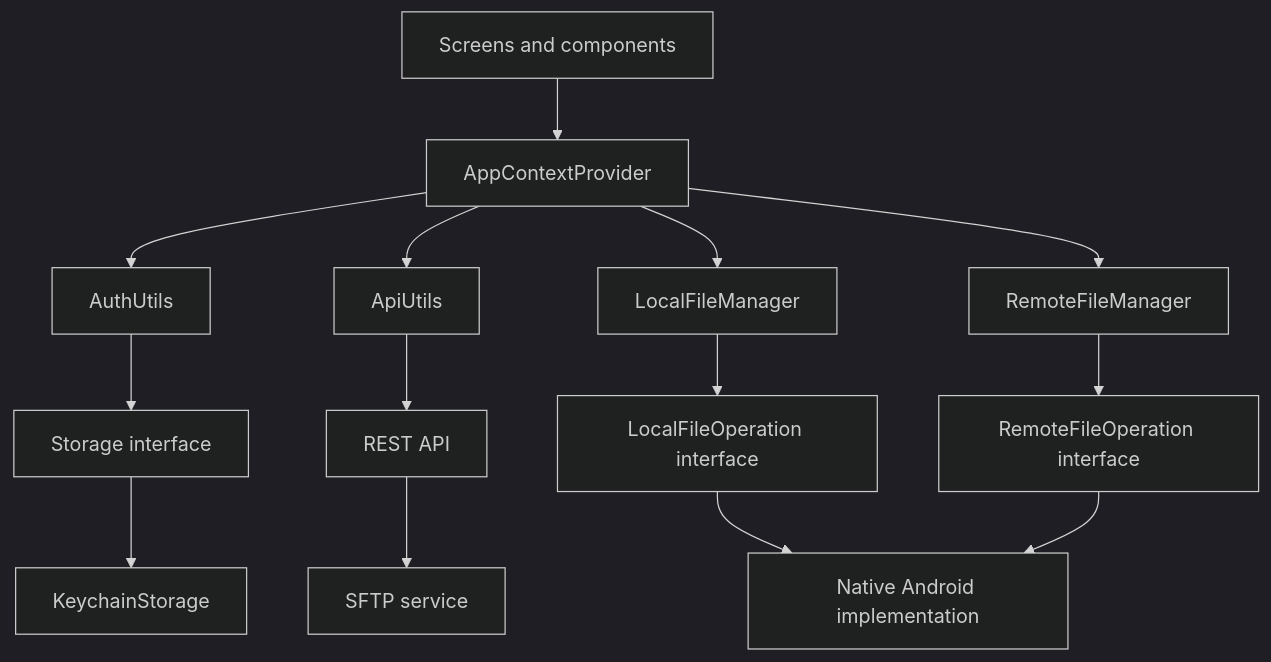
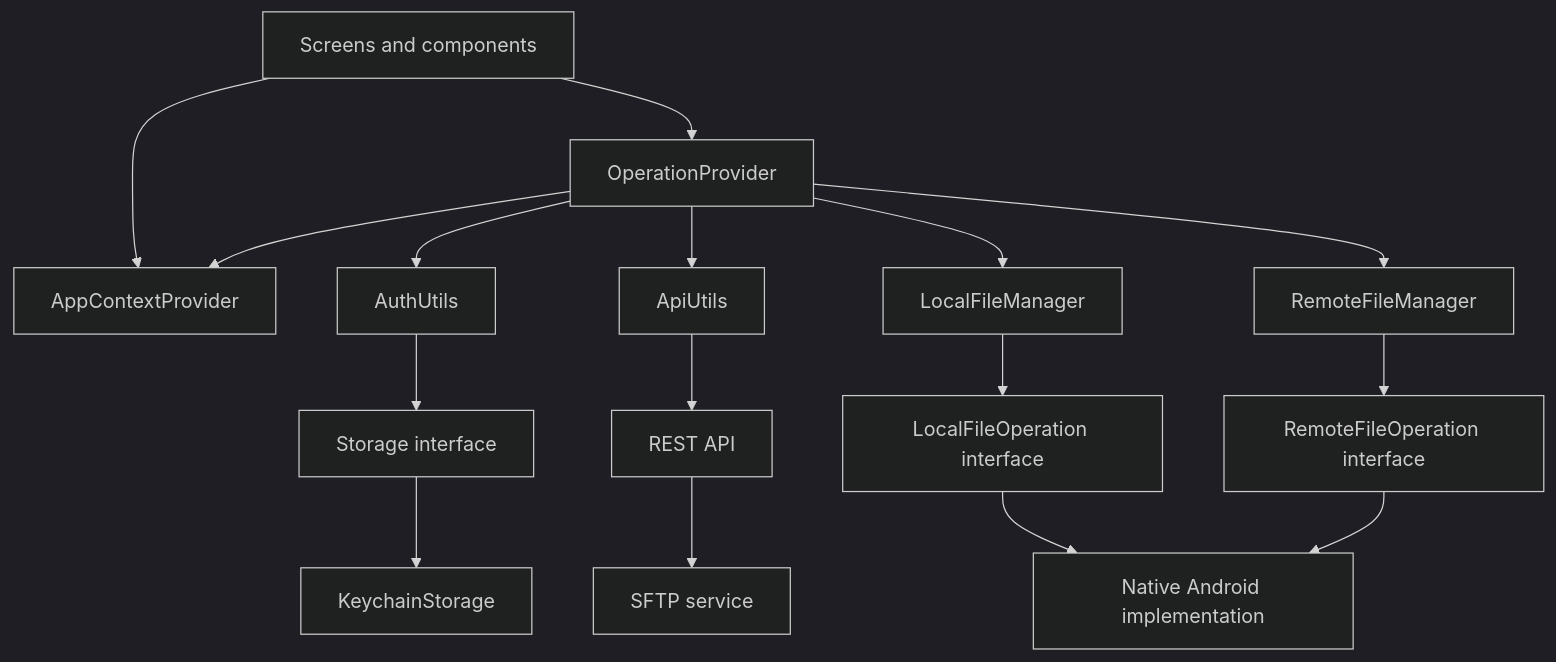
One commit to HattoriHanzo-Ronin/file-explorer changed the third of 3 diagrams in README.md. Above: the diagram before and after it, drawn with Mermaid (dark theme). The commit also changed other lines of this file, not shown here.

Commit message:
docs: update application architecture and features

````diff
--- a/README.md
+++ b/README.md
@@ -88,17 +89,19 @@
 ```mermaid
 flowchart TD
-    UI[Screens and components] --> Context[AppContextProvider]
+    UI[Screens and components] --> State[AppContextProvider]
+    UI --> Context[OperationProvider]
+    Context --> State
     Context --> Auth[AuthUtils]
     Context --> API[ApiUtils]
     Context --> Local[LocalFileManager]
     Context --> Remote[RemoteFileManager]
 
     Auth --> Storage[Storage interface]
     Storage --> Keychain[KeychainStorage]
     Local --> LocalOps[LocalFileOperation interface]
     Remote --> RemoteOps[RemoteFileOperation interface]
     LocalOps --> NativeOps[Native Android implementation]
     RemoteOps --> NativeOps[Native Android implementation]
     API --> Backend[REST API]
     Backend --> SFTP[SFTP service]
 ```
````
